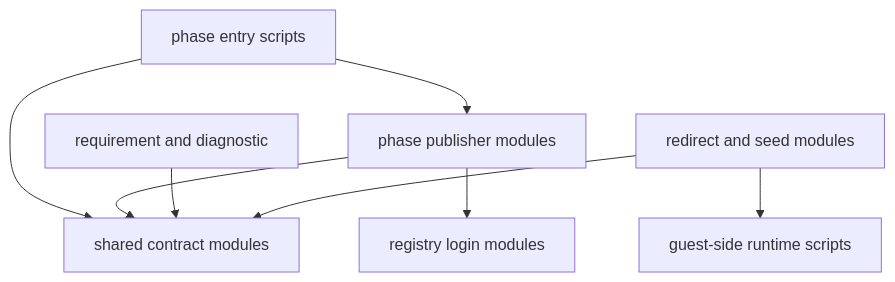
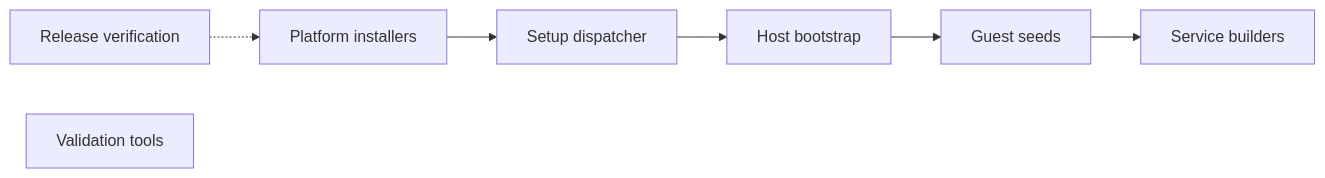
The first of 7 diagrams in docs/design/02-component-breakdown.md (alissonsol/yuruna), drawn with Mermaid before and after one commit. The commit also changed other lines of this file and 657 other files, not shown here.

````diff
--- a/docs/design/02-component-breakdown.md
+++ b/docs/design/02-component-breakdown.md
@@ -41,18 +9,10 @@
 ```mermaid
-flowchart TD
-    phase-entrypoints["phase entry scripts"]
-    phase-modules["phase publisher modules"]
-    shared-contract["shared contract modules"]
-    registry-credentials["registry login modules"]
-    host-seed-modules["redirect and seed modules"]
-    requirement-diagnostic["requirement and diagnostic"]
-    guest-side-runtime["guest-side runtime scripts"]
-
-    phase-entrypoints --> phase-modules
-    phase-entrypoints --> shared-contract
-    phase-modules --> shared-contract
-    phase-modules --> registry-credentials
-    requirement-diagnostic --> shared-contract
-    host-seed-modules --> shared-contract
-    host-seed-modules --> guest-side-runtime
+flowchart LR
+  %% optional -- signed release verification is user selected
+  release-verification["Release verification"] -.-> platform-installers["Platform installers"]
+  platform-installers --> setup-dispatcher["Setup dispatcher"]
+  setup-dispatcher --> host-bootstrap["Host bootstrap"]
+  host-bootstrap --> guest-seeds["Guest seeds"]
+  guest-seeds --> service-builders["Service builders"]
+  validation-tools["Validation tools"]
 ```
````
